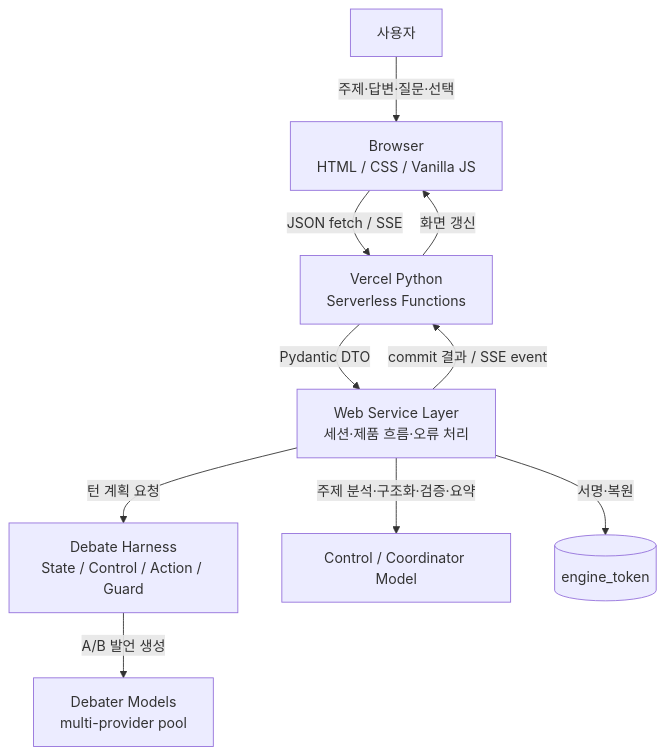
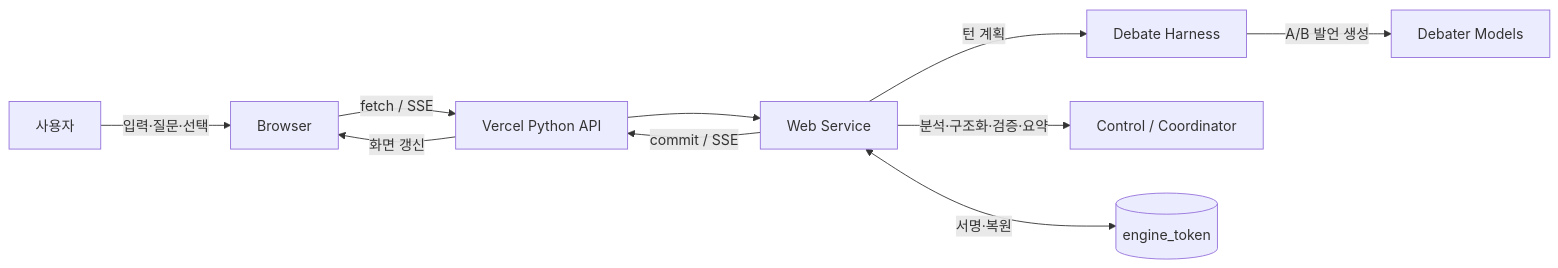
The second of 4 diagrams in README.md (hodob/A1-3), drawn with Mermaid before and after one commit. The commit also changed other lines of this file, not shown here.

````diff
--- a/README.md
+++ b/README.md
@@ -99,16 +73,12 @@
 ```mermaid
-flowchart TD
-    U[사용자] -->|주제·답변·질문·선택| B[Browser<br/>HTML / CSS / Vanilla JS]
-
-    B -->|JSON fetch / SSE| API[Vercel Python<br/>Serverless Functions]
-    API -->|Pydantic DTO| W[Web Service Layer<br/>세션·제품 흐름·오류 처리]
-
-    W -->|턴 계획 요청| H[Debate Harness<br/>State / Control / Action / Guard]
-    H -->|A/B 발언 생성| D[Debater Models<br/>multi-provider pool]
-
-    W -->|주제 분석·구조화·검증·요약| C[Control / Coordinator Model]
-
-    W -->|서명·복원| T[(engine_token)]
-    W -->|commit 결과 / SSE event| API
+flowchart LR
+    U[사용자] -->|입력·질문·선택| B[Browser]
+    B -->|fetch / SSE| API[Vercel Python API]
+    API --> W[Web Service]
+    W -->|턴 계획| H[Debate Harness]
+    H -->|A/B 발언 생성| D[Debater Models]
+    W -->|분석·구조화·검증·요약| C[Control / Coordinator]
+    W <-->|서명·복원| T[(engine_token)]
+    W -->|commit / SSE| API
     API -->|화면 갱신| B
 ```
````
